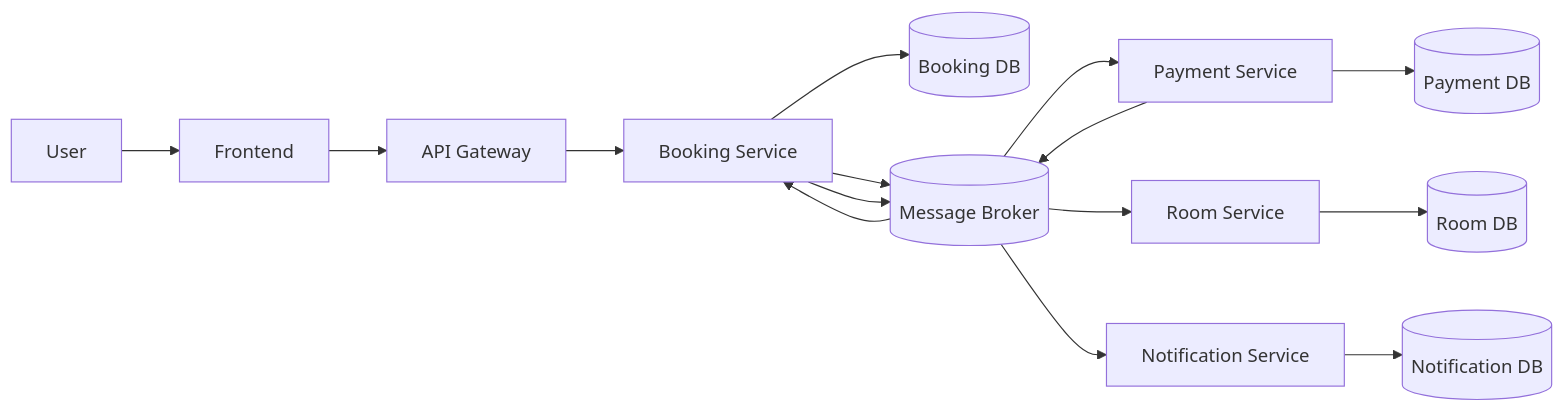
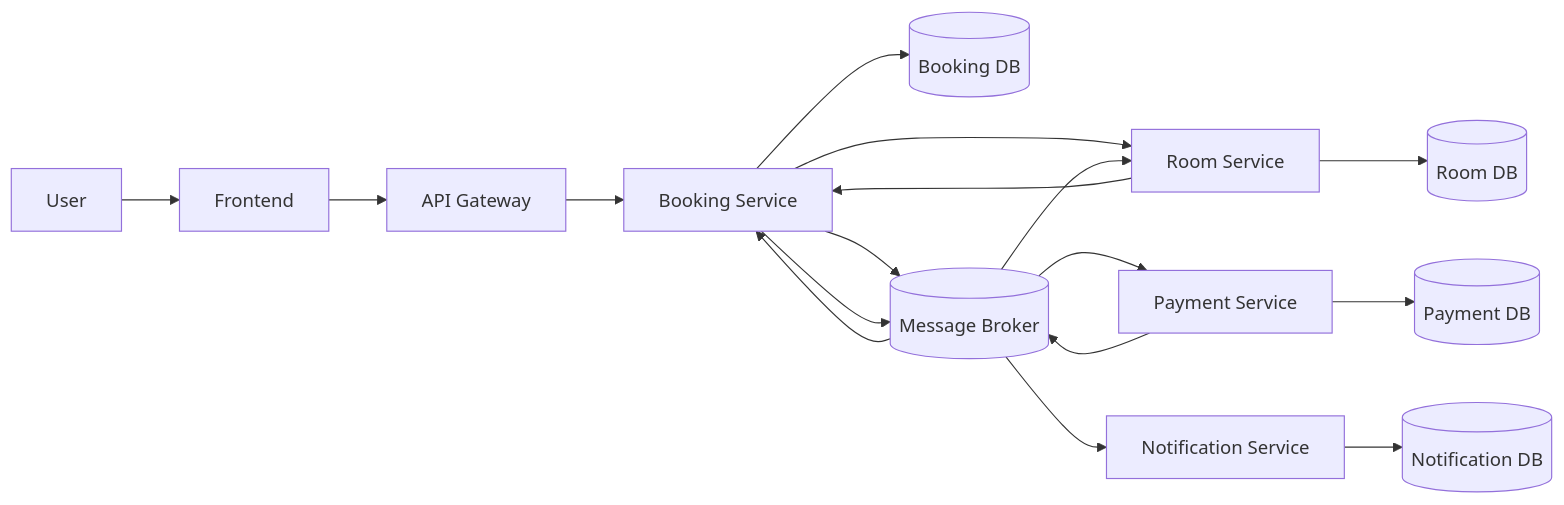
Before and after one commit to bangit14/WebBanHang-Project: the diagram in architecture.md, drawn with Mermaid. The commit also changed other lines of this file and 1 other file, not shown here.

````diff
--- a/architecture.md
+++ b/architecture.md
@@ -177,23 +76,26 @@
 ```mermaid
 graph LR
     U[User] --> FE[Frontend]
     FE --> GW[API Gateway]
 
     GW --> BS[Booking Service]
+
+    BS --> RS[Room Service]
+    RS --> BS
 
     BS --> DB1[(Booking DB)]
     PS --> DB2[(Payment DB)]
     RS --> DB3[(Room DB)]
     NS --> DB4[(Notification DB)]
 
     BS --> MQ[(Message Broker)]
 
     MQ --> PS[Payment Service]
     PS --> MQ
 
     MQ --> BS
     BS --> MQ
 
     MQ --> RS[Room Service]
     MQ --> NS[Notification Service]
 ```
````
